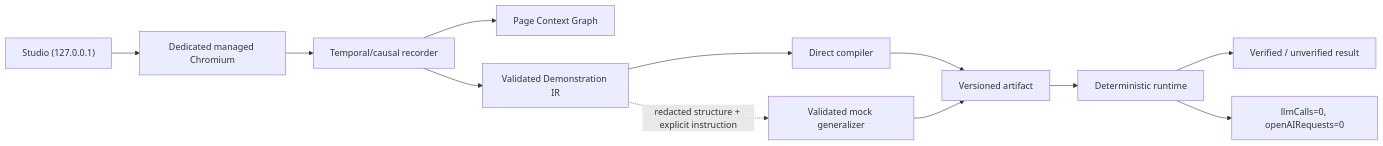
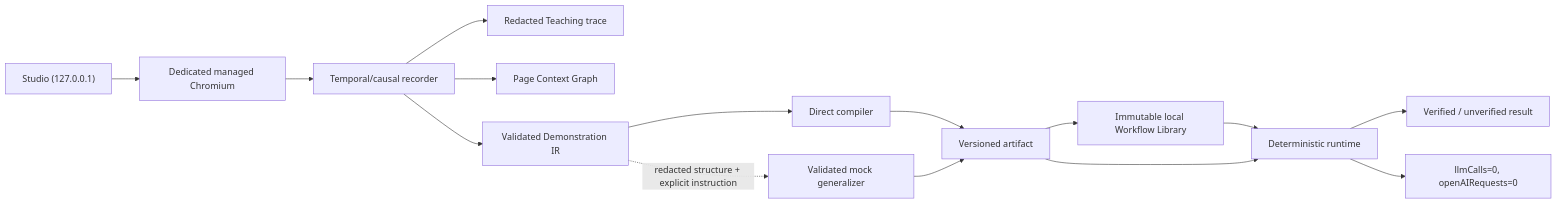
Before and after one commit to faxncba-rgb/visual-compiler2: the diagram in ARCHITECTURE.md, drawn with Mermaid. The commit also changed other lines of this file and 6 other files, not shown here.

````diff
--- a/ARCHITECTURE.md
+++ b/ARCHITECTURE.md
@@ -7,14 +7,17 @@
 ```mermaid
 flowchart LR
   Studio["Studio (127.0.0.1)"] --> Browser["Dedicated managed Chromium"]
   Browser --> Recorder["Temporal/causal recorder"]
+  Recorder --> Trace["Redacted Teaching trace"]
   Recorder --> Graph["Page Context Graph"]
   Recorder --> IR["Validated Demonstration IR"]
   IR --> Compiler["Direct compiler"]
   IR -. "redacted structure + explicit instruction" .-> Mock["Validated mock generalizer"]
   Compiler --> Artifact["Versioned artifact"]
   Mock --> Artifact
+  Artifact --> Library["Immutable local Workflow Library"]
+  Library --> Runtime
   Artifact --> Runtime["Deterministic runtime"]
   Runtime --> Outcome["Verified / unverified result"]
   Runtime --> Telemetry["llmCalls=0, openAIRequests=0"]
 ```
````
